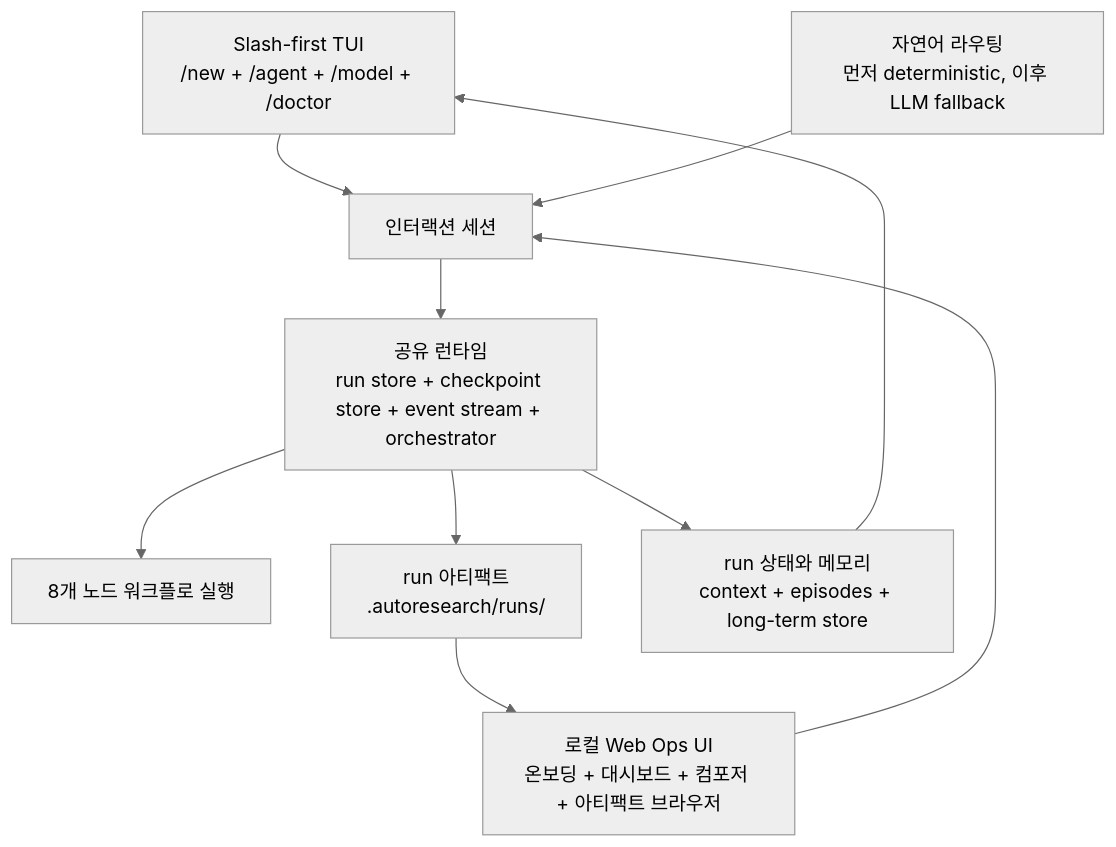
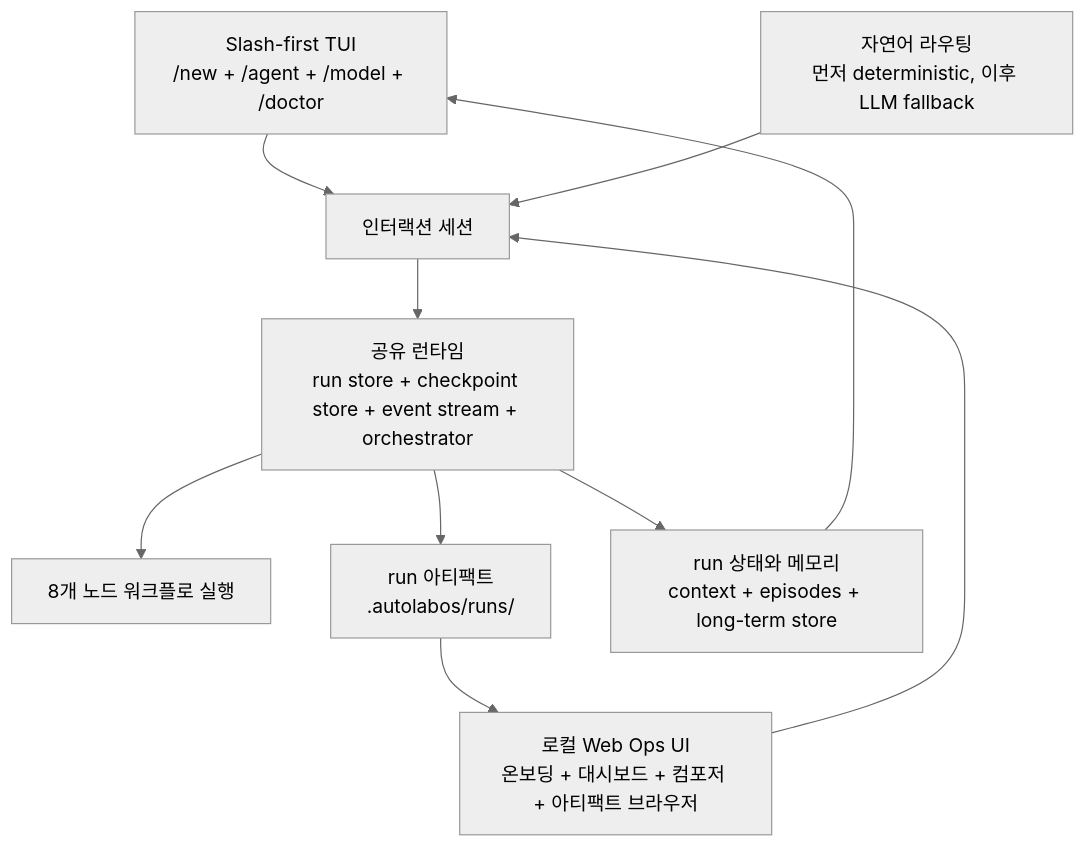
One commit to lhy0718/AutoResearch changed the fourth of 5 diagrams in README.ko.md. Above: the diagram before and after it, drawn with Mermaid (neutral theme). The commit also changed other lines of this file and 99 other files, not shown here.

````diff
--- a/README.ko.md
+++ b/README.ko.md
@@ -264,14 +264,14 @@
 ```mermaid
 flowchart TB
     TUI["Slash-first TUI<br/>/new + /agent + /model + /doctor"] --> Session["인터랙션 세션"]
     Web["로컬 Web Ops UI<br/>온보딩 + 대시보드 + 컴포저 + 아티팩트 브라우저"] --> Session
     Natural["자연어 라우팅<br/>먼저 deterministic, 이후 LLM fallback"] --> Session
 
     Session --> Runtime["공유 런타임<br/>run store + checkpoint store + event stream + orchestrator"]
     Runtime --> Nodes["8개 노드 워크플로 실행"]
-    Runtime --> Artifacts["run 아티팩트<br/>.autoresearch/runs/<run_id>"]
+    Runtime --> Artifacts["run 아티팩트<br/>.autolabos/runs/<run_id>"]
     Runtime --> State["run 상태와 메모리<br/>context + episodes + long-term store"]
 
     Artifacts --> Web
     State --> TUI
 ```
````
